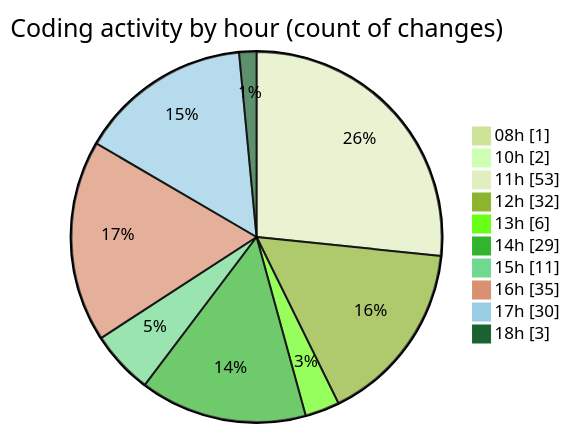
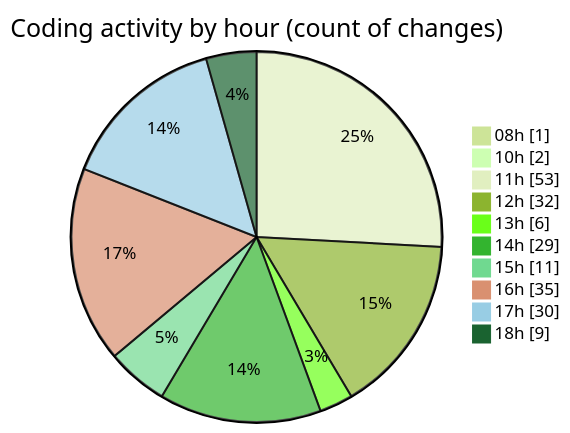
The second of 2 diagrams in 2025-07-03/cda/README.md (momahboobian/code-tracking), drawn with Mermaid (forest theme) before and after one commit. The commit also changed other lines of this file and 1 other file, not shown here.

````diff
--- a/2025-07-03/cda/README.md
+++ b/2025-07-03/cda/README.md
@@ -56,14 +57,14 @@
 ```mermaid
 pie showData
 title Coding activity by hour (count of changes)
 "08h" : 1
 "10h" : 2
 "11h" : 53
 "12h" : 32
 "13h" : 6
 "14h" : 29
 "15h" : 11
 "16h" : 35
 "17h" : 30
-"18h" : 3
+"18h" : 9
 ```
````
